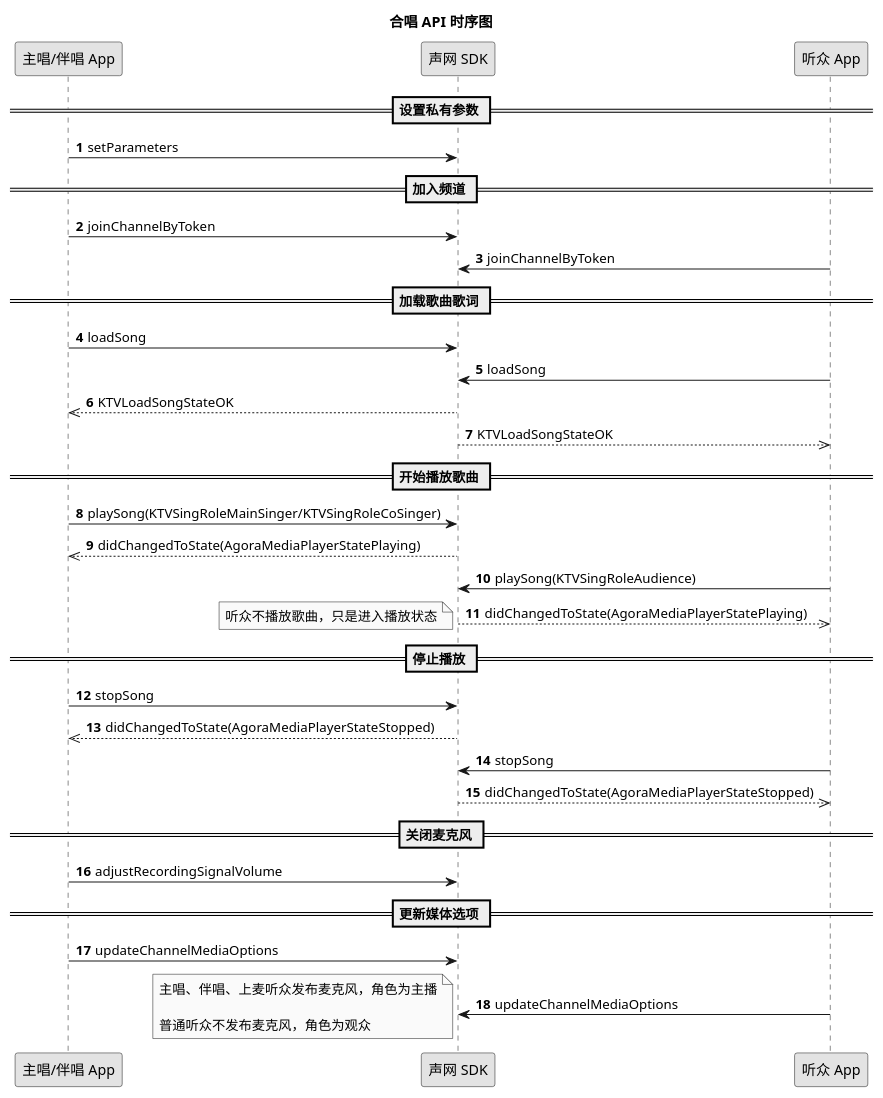
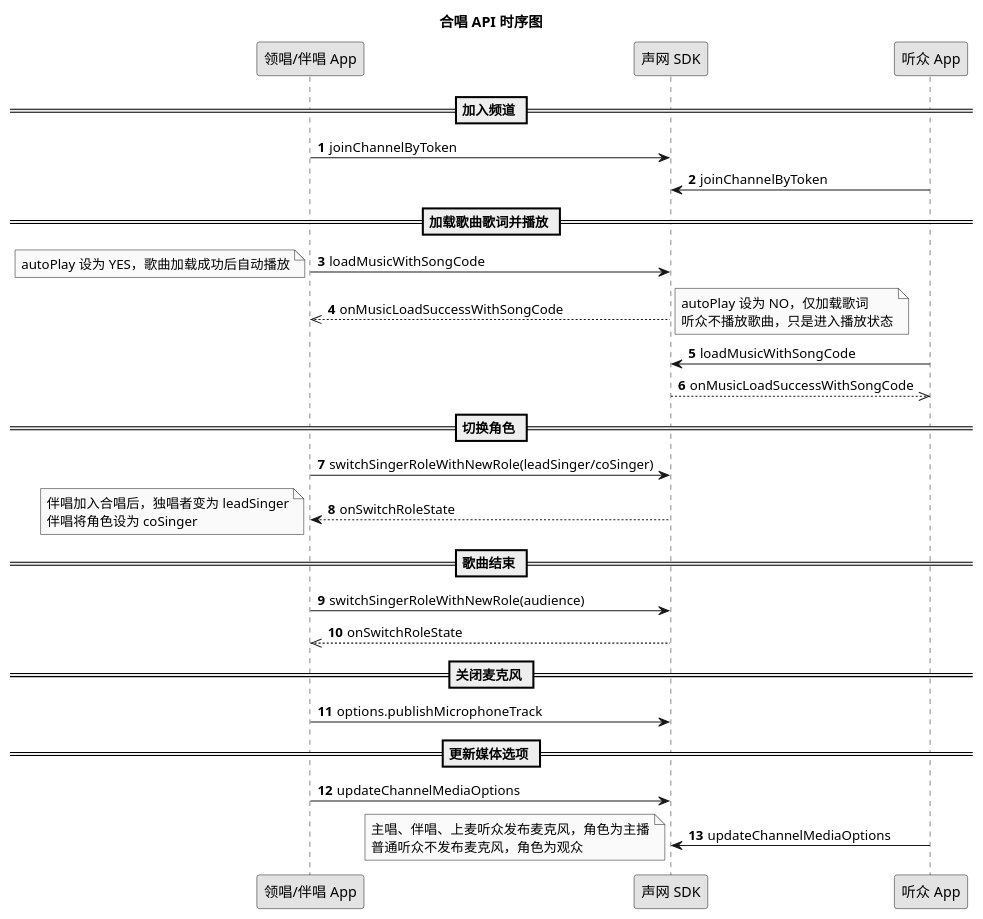
One commit to AgoraIO/agora_doc_source changed the diagram in markdown/online-ktv/改进/场景化方案/iOS/实现文档/合唱.wsd. Above: the diagram before and after it, drawn with PlantUML. The commit also changed 3 other files, not shown here.

Commit message:
update api sequence

```diff
--- a/markdown/online-ktv/改进/场景化方案/iOS/实现文档/合唱.wsd
+++ b/markdown/online-ktv/改进/场景化方案/iOS/实现文档/合唱.wsd
@@ -1,41 +1,42 @@
 @startuml
 title 合唱 API 时序图
 autonumber
 skinparam monochrome true
-participant "主唱/伴唱 App" as a
+participant "领唱/伴唱 App" as a
 participant "声网 SDK" as b
 participant "听众 App" as c
-== 设置私有参数 ==
-a -> b: setParameters
 == 加入频道 ==
 a -> b: joinChannelByToken
 c -> b: joinChannelByToken
-== 加载歌曲歌词 ==
-a -> b: loadSong
-c -> b: loadSong
-b -->> a: KTVLoadSongStateOK
-b -->> c: KTVLoadSongStateOK
-== 开始播放歌曲 ==
-a -> b: playSong(KTVSingRoleMainSinger/KTVSingRoleCoSinger)
-b -->> a: didChangedToState(AgoraMediaPlayerStatePlaying)
-c -> b: playSong(KTVSingRoleAudience)
-b -->> c: didChangedToState(AgoraMediaPlayerStatePlaying)
+== 加载歌曲歌词并播放 ==
+a -> b: loadMusicWithSongCode
 note left
+autoPlay 设为 YES，歌曲加载成功后自动播放
+end note
+b -->> a: onMusicLoadSuccessWithSongCode
+note right
+autoPlay 设为 NO，仅加载歌词
 听众不播放歌曲，只是进入播放状态
 end note
-== 停止播放 ==
-a -> b: stopSong
-b -->> a: didChangedToState(AgoraMediaPlayerStateStopped)
-c -> b: stopSong
-b -->> c: didChangedToState(AgoraMediaPlayerStateStopped)
+c -> b: loadMusicWithSongCode
+b -->> c: onMusicLoadSuccessWithSongCode
+== 切换角色 ==
+a -> b:switchSingerRoleWithNewRole(leadSinger/coSinger)
+b --> a: onSwitchRoleState
+note left
+伴唱加入合唱后，独唱者变为 leadSinger
+伴唱将角色设为 coSinger
+end note
+== 歌曲结束 ==
+a -> b: switchSingerRoleWithNewRole(audience)
+b -->> a: onSwitchRoleState
 == 关闭麦克风 ==
-a -> b: adjustRecordingSignalVolume
+a -> b: options.publishMicrophoneTrack
 == 更新媒体选项 ==
 a -> b: updateChannelMediaOptions
 c -> b: updateChannelMediaOptions
 note left
 主唱、伴唱、上麦听众发布麦克风，角色为主播
-
 普通听众不发布麦克风，角色为观众
 end note
 @enduml
```
